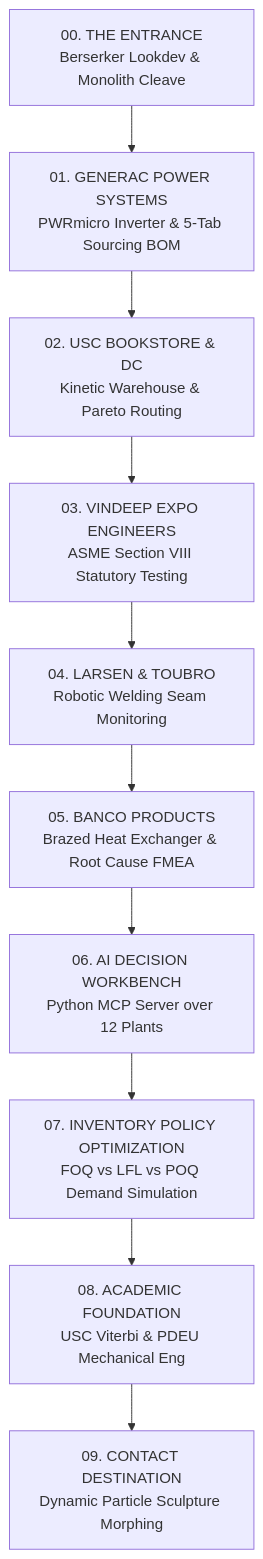
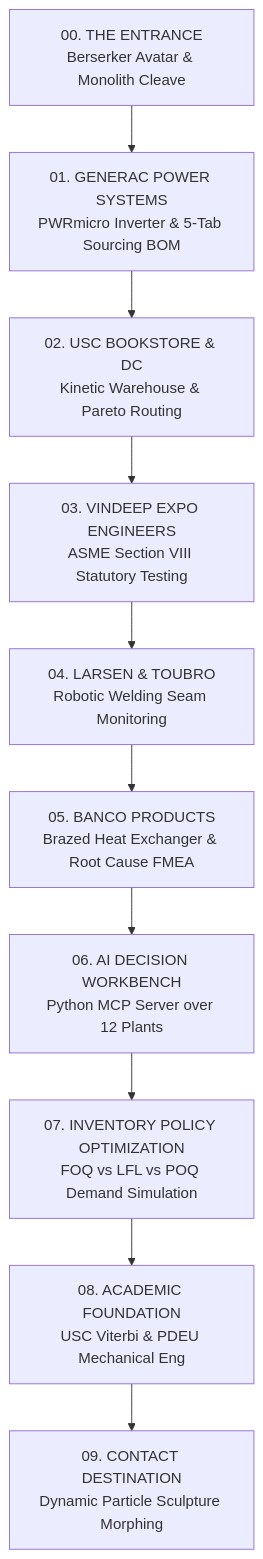
One commit to h3zus-m/h3zus-m.github.io changed the diagram in REBUILD_AUDIT_REPORT.md. Above: the diagram before and after it, drawn with Mermaid. The commit also changed other lines of this file and 21 other files, not shown here.

Commit message:
feat: complete full-screen continuous 3D spatial rebuild across all 10 chapters (Igloo/Overworld architecture)

````diff
--- a/REBUILD_AUDIT_REPORT.md
+++ b/REBUILD_AUDIT_REPORT.md
@@ -16,12 +20,12 @@
 ```mermaid
 graph TD
-    Entrance["00. THE ENTRANCE<br>Berserker Lookdev & Monolith Cleave"] --> Generac["01. GENERAC POWER SYSTEMS<br>PWRmicro Inverter & 5-Tab Sourcing BOM"]
+    Entrance["00. THE ENTRANCE<br>Berserker Avatar & Monolith Cleave"] --> Generac["01. GENERAC POWER SYSTEMS<br>PWRmicro Inverter & 5-Tab Sourcing BOM"]
     Generac --> USCBookstore["02. USC BOOKSTORE & DC<br>Kinetic Warehouse & Pareto Routing"]
     USCBookstore --> Vindeep["03. VINDEEP EXPO ENGINEERS<br>ASME Section VIII Statutory Testing"]
     Vindeep --> LT["04. LARSEN & TOUBRO<br>Robotic Welding Seam Monitoring"]
     LT --> Banco["05. BANCO PRODUCTS<br>Brazed Heat Exchanger & Root Cause FMEA"]
     Banco --> Workbench["06. AI DECISION WORKBENCH<br>Python MCP Server over 12 Plants"]
     Workbench --> Inventory["07. INVENTORY POLICY OPTIMIZATION<br>FOQ vs LFL vs POQ Demand Simulation"]
     Inventory --> Education["08. ACADEMIC FOUNDATION<br>USC Viterbi & PDEU Mechanical Eng"]
     Education --> Contact["09. CONTACT DESTINATION<br>Dynamic Particle Sculpture Morphing"]
 ```
````
